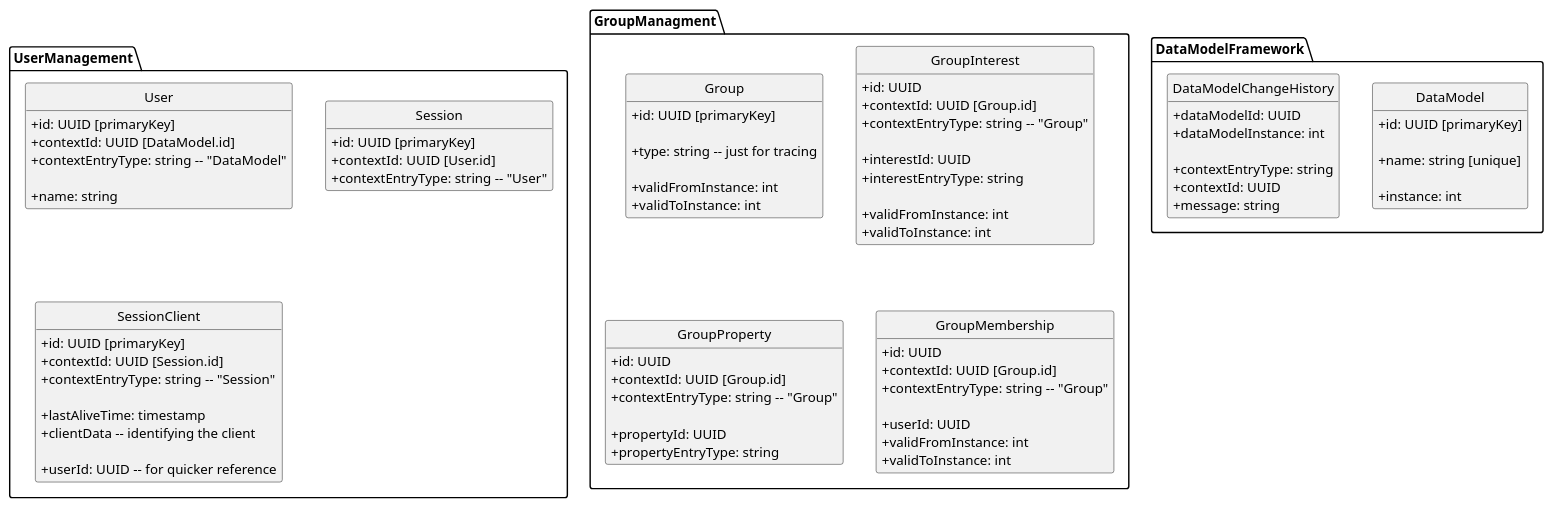
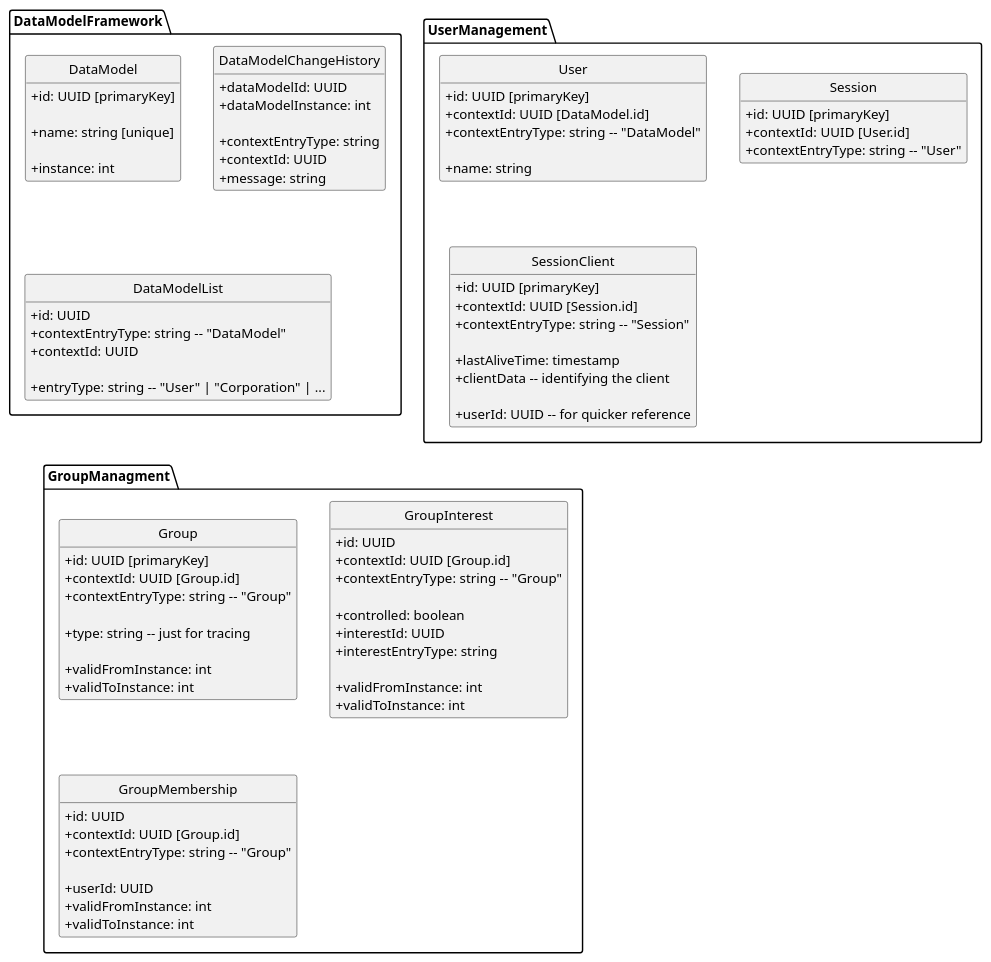
The diagram in eve-upro/uml/DataBase_Basic.plantuml (dertseha/eve-upro), drawn with PlantUML before and after one commit. The commit also changed 35 other files, not shown here.

Commit message:
#10 Added GroupControl, GroupAccess and related files - GroupControl for modifying group members, interest and control - GroupAccess for creating/retrieving group control - Started with (Core-)DataModelDefinition - A few support classes - DB schema modified again

```diff
--- a/eve-upro/uml/DataBase_Basic.plantuml
+++ b/eve-upro/uml/DataBase_Basic.plantuml
@@ -1,102 +1,104 @@
 @startuml
 skinparam classAttributeIconSize 0
 hide empty members
 hide circle
 
 package DataModelFramework {
 
 class DataModel {
    + id: UUID [primaryKey]
 
    + name: string [unique]
 
    + instance: int
 }
 
 class DataModelChangeHistory {
    + dataModelId: UUID
    + dataModelInstance: int
 
    + contextEntryType: string   
    + contextId: UUID
    + message: string
+}
+
+class DataModelList {
+   + id: UUID
+   + contextEntryType: string -- "DataModel"   
+   + contextId: UUID
+   
+   + entryType: string -- "User" | "Corporation" | ...
 }
 
 }
 
 package UserManagement {
 
 class User {
    + id: UUID [primaryKey]
    + contextId: UUID [DataModel.id]
    + contextEntryType: string -- "DataModel"
 
    + name: string
 }
 
 class Session {
    + id: UUID [primaryKey]
    + contextId: UUID [User.id]
    + contextEntryType: string -- "User"
 }
 
 class SessionClient {
    + id: UUID [primaryKey]
    + contextId: UUID [Session.id]
    + contextEntryType: string -- "Session"
 
    + lastAliveTime: timestamp
    + clientData -- identifying the client
    
    + userId: UUID -- for quicker reference
 }
 
 }
 
 package GroupManagment {
 
 class Group {
    + id: UUID [primaryKey]
+   + contextId: UUID [Group.id]
+   + contextEntryType: string -- "Group"
    
    + type: string -- just for tracing
    
    + validFromInstance: int
    + validToInstance: int
 }
 
 class GroupInterest {
    + id: UUID
    + contextId: UUID [Group.id]
    + contextEntryType: string -- "Group"
-   
+
+   + controlled: boolean   
    + interestId: UUID
    + interestEntryType: string
    
    + validFromInstance: int
    + validToInstance: int
-}
-
-class GroupProperty {
-   + id: UUID
-   + contextId: UUID [Group.id]
-   + contextEntryType: string -- "Group"
-
-   + propertyId: UUID
-   + propertyEntryType: string
 }
 
 class GroupMembership {
    + id: UUID
    + contextId: UUID [Group.id]
    + contextEntryType: string -- "Group"
    
    + userId: UUID
    + validFromInstance: int
    + validToInstance: int
 }
 
 
 }
 
 
 @enduml
```
